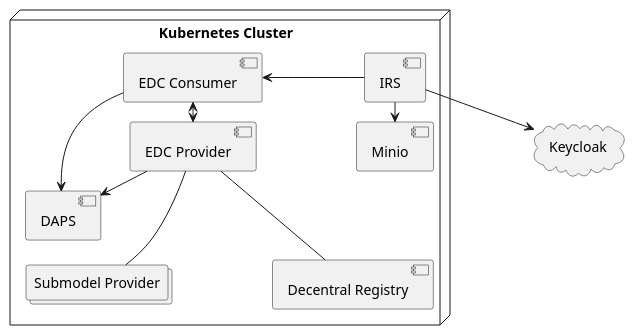
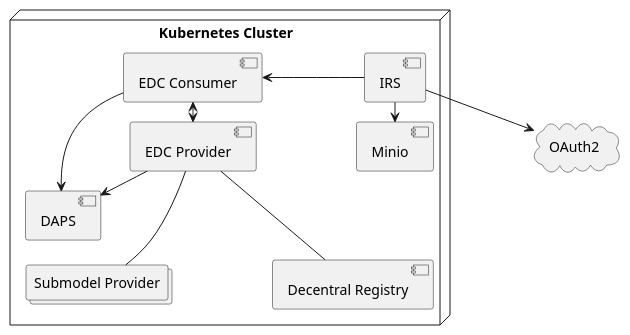
One commit to eclipse-tractusx/item-relationship-service changed the diagram in docs/src/uml-diagrams/deployment-view/level-0-dev.puml. Above: the diagram before and after it, drawn with PlantUML. The commit also changed 34 other files, not shown here.

```diff
--- a/docs/src/uml-diagrams/deployment-view/level-0-dev.puml
+++ b/docs/src/uml-diagrams/deployment-view/level-0-dev.puml
@@ -1,33 +1,33 @@
 @startuml
 skinparam monochrome true
 skinparam shadowing false
 skinparam nodesep 100
 skinparam ranksep 20
 skinparam defaultFontName "Architects daughter"
 
-cloud Keycloak
+cloud OAuth2
 
 node "Kubernetes Cluster" as k8s {
 
     component IRS
     component Minio
     component "Decentral Registry" as dtr
     component "EDC Consumer" as consumer
     component "EDC Provider" as provider
     component "DAPS" as daps
     collections "Submodel Provider" as submodel
 
 
     IRS --> Minio
     IRS -> consumer
     consumer --> daps
     provider --> daps
     consumer <--> provider
     provider --- submodel
     provider --- dtr
 
 }
 
-IRS --> Keycloak
+IRS --> OAuth2
 
 @enduml
```
